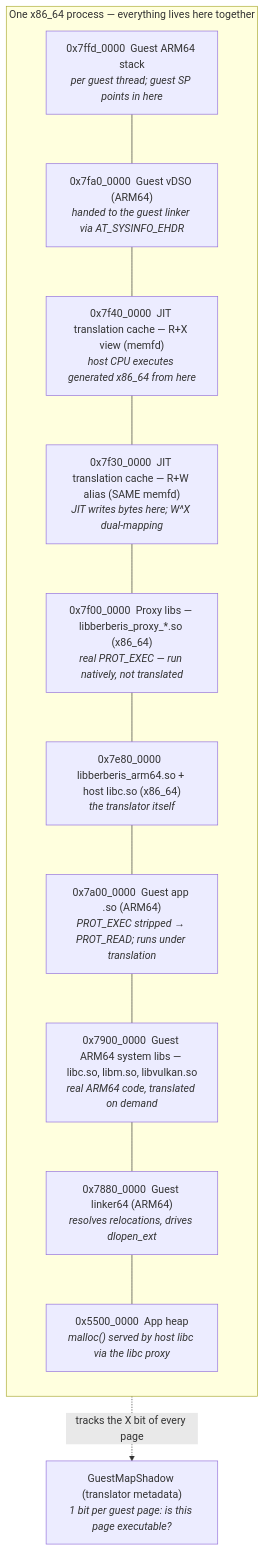
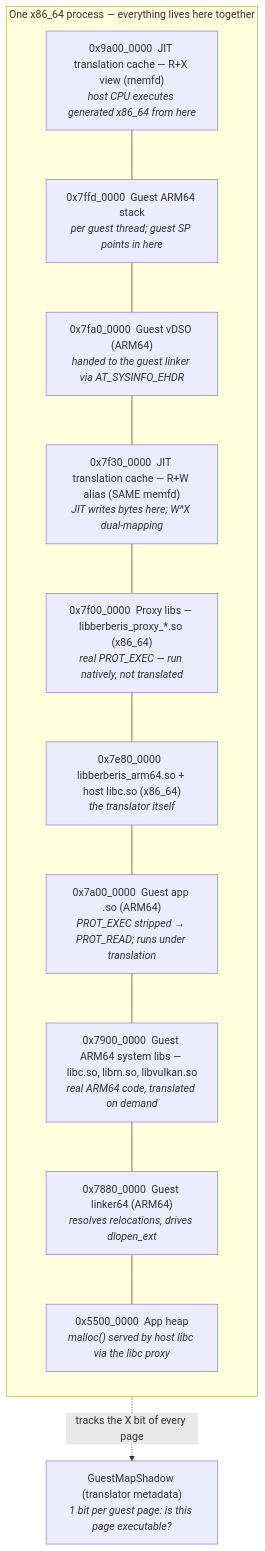
Diagram 27 of 52 in docs/how-it-works.md (DigitalisX64/digitalis), drawn with Mermaid before and after one commit. The commit also changed other lines of this file and 1 other file, not shown here.

Commit message:
docs: explain the reserved 2-4 GiB JIT code window

````diff
--- a/docs/how-it-works.md
+++ b/docs/how-it-works.md
@@ -1537,19 +1604,19 @@
 ```mermaid
 graph TD
     subgraph Map["One x86_64 process — everything lives here together"]
         direction TB
+        JITX["0x9a00_0000  JIT translation cache — R+X view (memfd)<br/><i>host CPU executes generated x86_64 from here</i>"]
         STK["0x7ffd_0000  Guest ARM64 stack<br/><i>per guest thread; guest SP points in here</i>"]
         VDSO["0x7fa0_0000  Guest vDSO (ARM64)<br/><i>handed to the guest linker via AT_SYSINFO_EHDR</i>"]
-        JITX["0x7f40_0000  JIT translation cache — R+X view (memfd)<br/><i>host CPU executes generated x86_64 from here</i>"]
         JITW["0x7f30_0000  JIT translation cache — R+W alias (SAME memfd)<br/><i>JIT writes bytes here; W^X dual-mapping</i>"]
         PROXY["0x7f00_0000  Proxy libs — libberberis_proxy_*.so (x86_64)<br/><i>real PROT_EXEC — run natively, not translated</i>"]
         HOSTC["0x7e80_0000  libberberis_arm64.so + host libc.so (x86_64)<br/><i>the translator itself</i>"]
         APPSO["0x7a00_0000  Guest app .so (ARM64)<br/><i>PROT_EXEC stripped → PROT_READ; runs under translation</i>"]
         GLIB["0x7900_0000  Guest ARM64 system libs — libc.so, libm.so, libvulkan.so<br/><i>real ARM64 code, translated on demand</i>"]
         LINK["0x7880_0000  Guest linker64 (ARM64)<br/><i>resolves relocations, drives dlopen_ext</i>"]
         HEAP["0x5500_0000  App heap<br/><i>malloc() served by host libc via the libc proxy</i>"]
-        STK --- VDSO --- JITX --- JITW --- PROXY --- HOSTC --- APPSO --- GLIB --- LINK --- HEAP
+        JITX --- STK --- VDSO --- JITW --- PROXY --- HOSTC --- APPSO --- GLIB --- LINK --- HEAP
     end
     SHADOW["GuestMapShadow (translator metadata)<br/><i>1 bit per guest page: is this page executable?</i>"]
     Map -.tracks the X bit of every page.-> SHADOW
 ```
````
